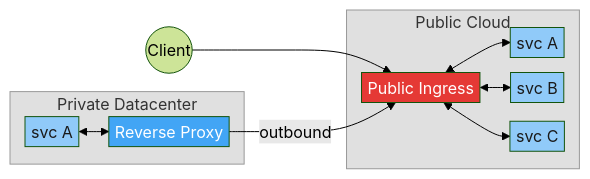
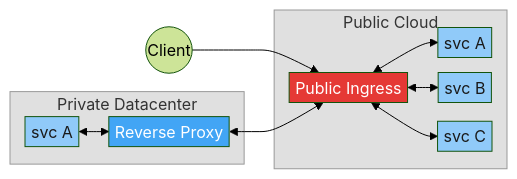
One commit to agntcy/blogs changed the first of 7 diagrams in presentations/slim-multicluster-demo/slim-multicluster-demo.md. Above: the diagram before and after it, drawn with Mermaid (forest theme). The commit also changed other lines of this file, not shown here.

````diff
--- a/presentations/slim-multicluster-demo/slim-multicluster-demo.md
+++ b/presentations/slim-multicluster-demo/slim-multicluster-demo.md
@@ -20,23 +19,23 @@
 ```mermaid
 %%{init: {'flowchart': {'nodeSpacing': 15, 'rankSpacing': 30, 'padding': 3}}}%%
 graph LR
     subgraph PRV["Private Datacenter"]
         S4[svc A] <--> RP[Reverse Proxy]
     end
     subgraph PUB["Public Cloud"]
         IG[Public Ingress]
         IG <--> S1[svc A]
         IG <--> S2[svc B]
         IG <--> S3[svc C]
     end
     C((Client)) --> IG
-    RP -- "outbound" --> IG
+    RP <--> IG
     style IG fill:#E53935,color:#fff
     style RP fill:#42A5F5,color:#fff
     style PUB fill:#e0e0e0,stroke:#999,color:#333
     style PRV fill:#e0e0e0,stroke:#999,color:#333
     style S1 fill:#90CAF9,color:#1a1a1a
     style S2 fill:#90CAF9,color:#1a1a1a
     style S3 fill:#90CAF9,color:#1a1a1a
     style S4 fill:#90CAF9,color:#1a1a1a
 ```
````
